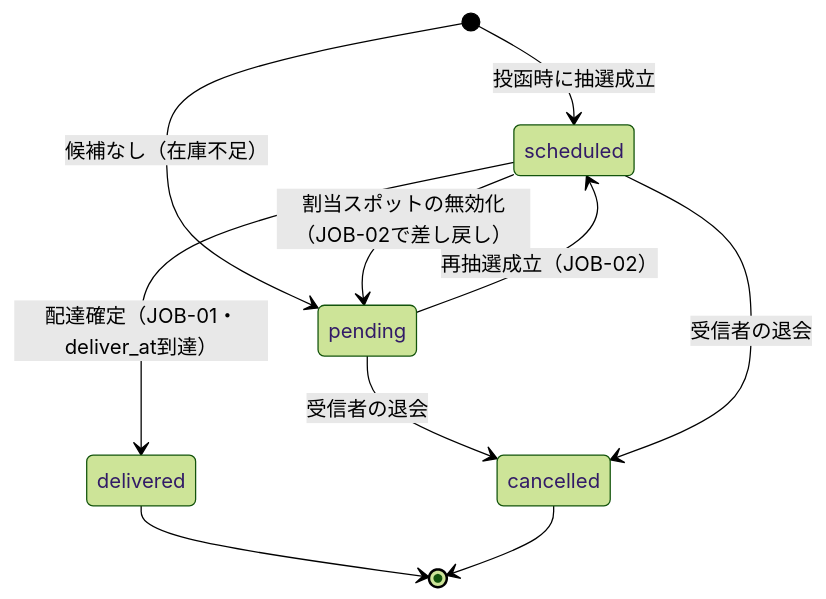
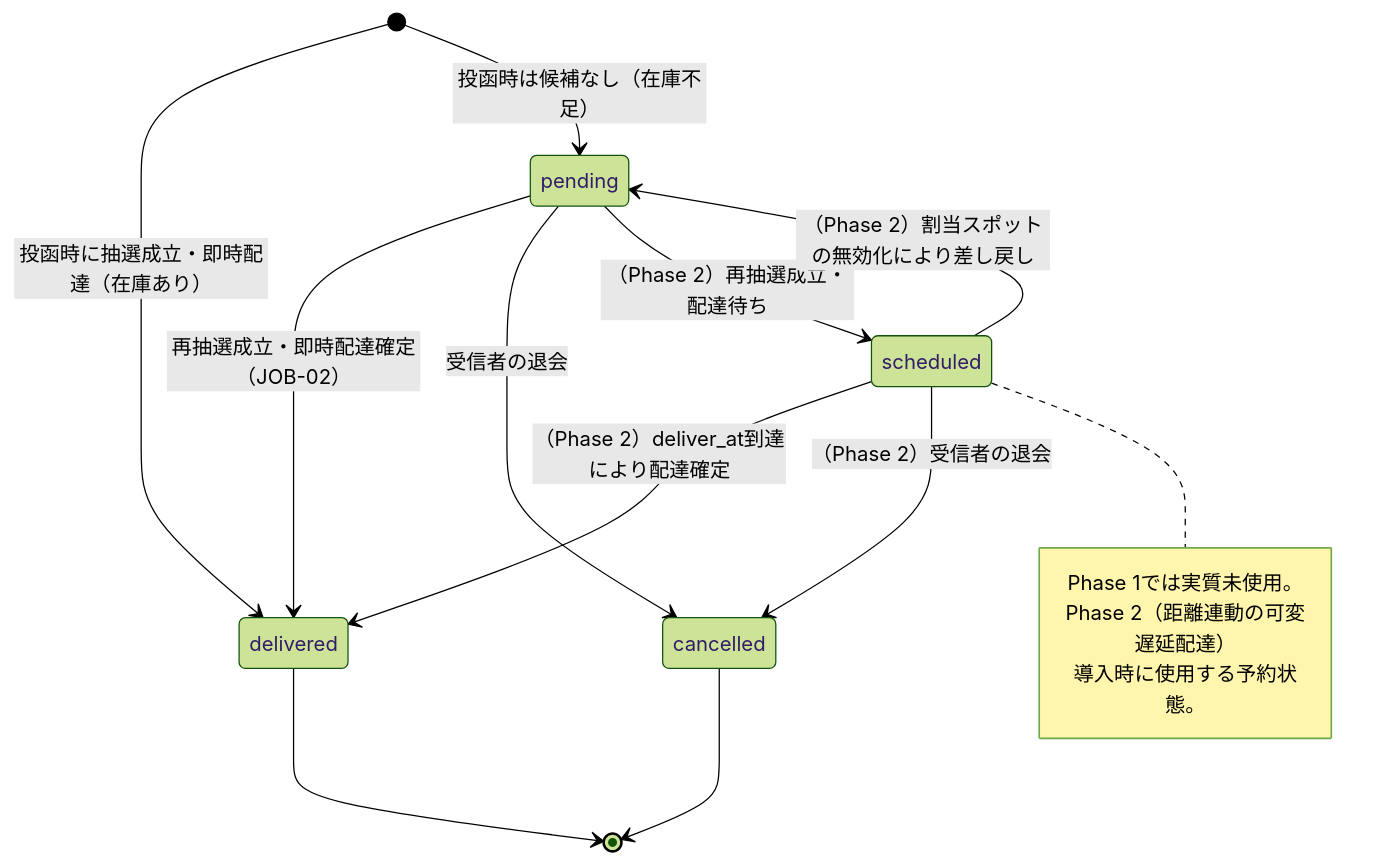
The second of 2 diagrams in docs/06_database_design.md (yasudaProduct/machibin), drawn with Mermaid (forest theme) before and after one commit. The commit also changed other lines of this file and 11 other files, not shown here.

````diff
--- a/docs/06_database_design.md
+++ b/docs/06_database_design.md
@@ -207,12 +208,23 @@
 ```mermaid
 stateDiagram-v2
-    [*] --> scheduled : 投函時に抽選成立
-    [*] --> pending : 候補なし（在庫不足）
-    pending --> scheduled : 再抽選成立（JOB-02）
-    scheduled --> pending : 割当スポットの無効化（JOB-02で差し戻し）
-    scheduled --> delivered : 配達確定（JOB-01・deliver_at到達）
+    %% --- Phase 1（即時配達方式。BD-01）: 主要パス ---
+    [*] --> delivered : 投函時に抽選成立・即時配達（在庫あり）
+    [*] --> pending : 投函時は候補なし（在庫不足）
+    pending --> delivered : 再抽選成立・即時配達確定（JOB-02）
     pending --> cancelled : 受信者の退会
-    scheduled --> cancelled : 受信者の退会
     delivered --> [*]
     cancelled --> [*]
+
+    %% --- 以下はPhase 1では未使用。Phase 2以降で距離連動の可変遅延配達（FR-05）を
+    %% --- 導入する際に、pending/delivered間の中間状態として'scheduled'を使用する想定 ---
+    pending --> scheduled : （Phase 2）再抽選成立・配達待ち
+    scheduled --> pending : （Phase 2）割当スポットの無効化により差し戻し
+    scheduled --> delivered : （Phase 2）deliver_at到達により配達確定
+    scheduled --> cancelled : （Phase 2）受信者の退会
+
+    note right of scheduled
+        Phase 1では実質未使用。
+        Phase 2（距離連動の可変遅延配達）
+        導入時に使用する予約状態。
+    end note
 ```
````
